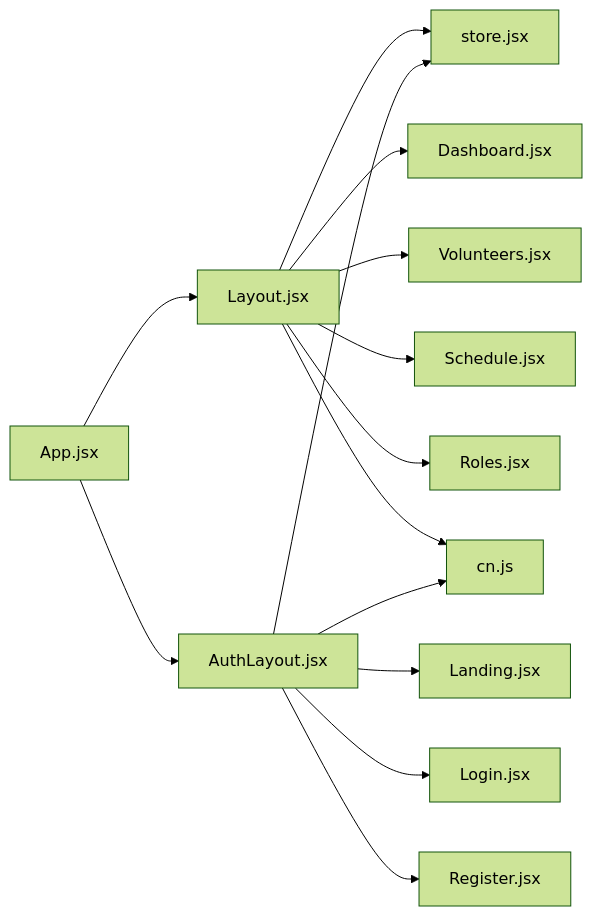
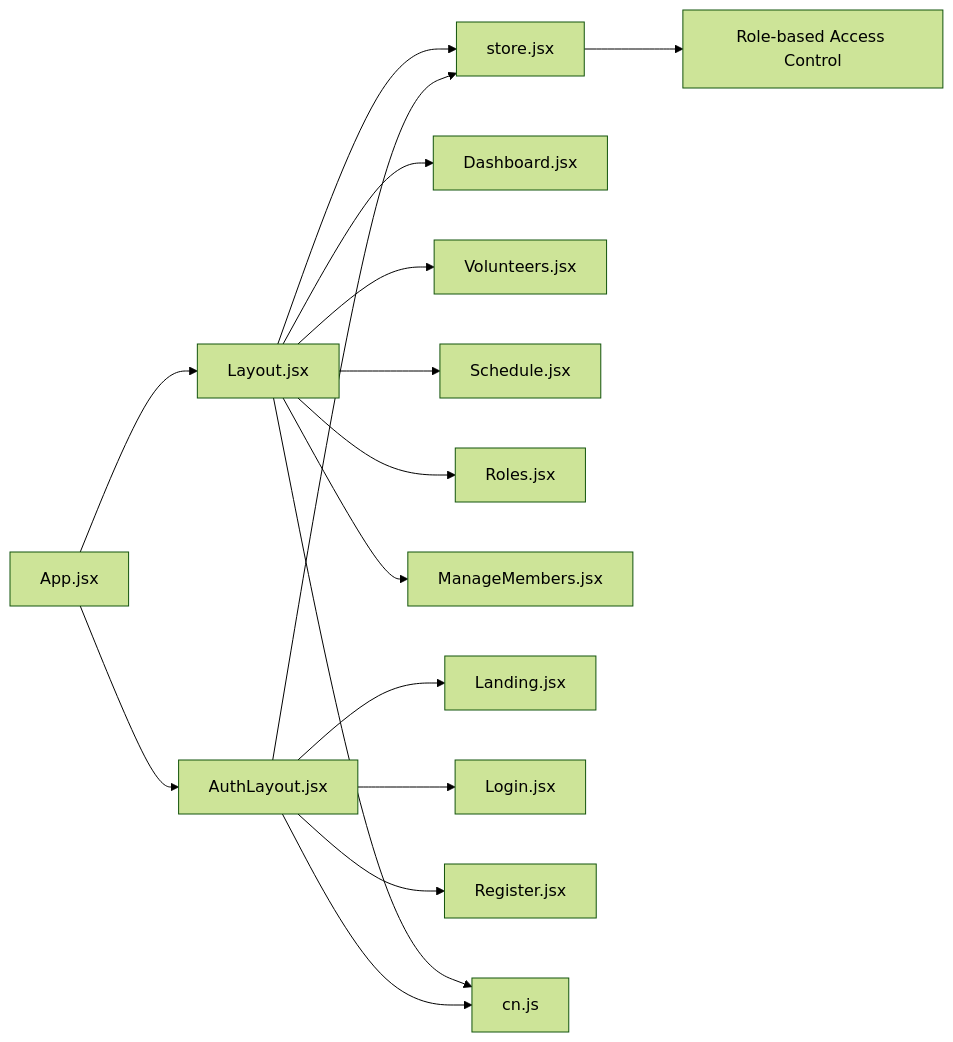
The fifth of 5 diagrams in .qoder/repowiki/en/content/Component Architecture/Layout System.md (netdaniel/serveflow), drawn with Mermaid (forest theme) before and after one commit. The commit also changed other lines of this file and 15 other files, not shown here.

````diff
--- a/.qoder/repowiki/en/content/Component Architecture/Layout System.md
+++ b/.qoder/repowiki/en/content/Component Architecture/Layout System.md
@@ -312,16 +367,18 @@
 ```mermaid
 graph LR
 App["App.jsx"] --> Layout["Layout.jsx"]
 App --> AuthLayout["AuthLayout.jsx"]
 Layout --> Store["store.jsx"]
 AuthLayout --> Store
 Layout --> Dashboard["Dashboard.jsx"]
 Layout --> Volunteers["Volunteers.jsx"]
 Layout --> Schedule["Schedule.jsx"]
 Layout --> Roles["Roles.jsx"]
+Layout --> ManageMembers["ManageMembers.jsx"]
 AuthLayout --> Landing["Landing.jsx"]
 AuthLayout --> Login["Login.jsx"]
 AuthLayout --> Register["Register.jsx"]
 Layout --> CN["cn.js"]
 AuthLayout --> CN
+Store --> RoleAccess["Role-based Access Control"]
 ```
````
